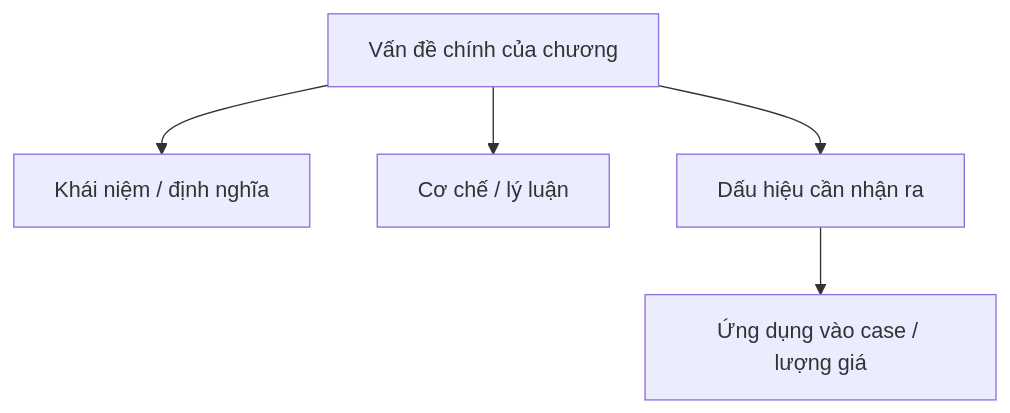
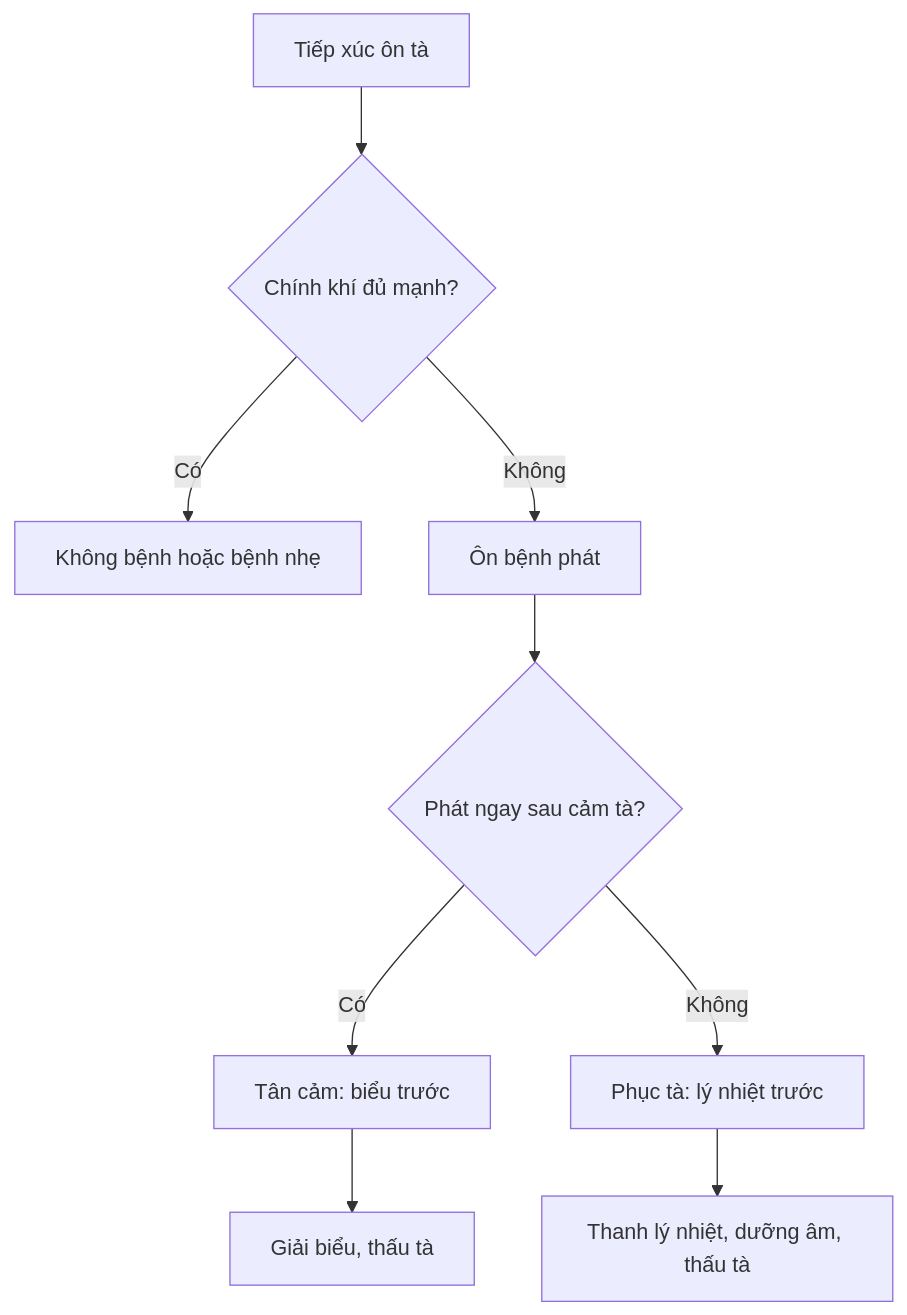
One commit to NobitaNguyenHung/medical-site changed the diagram in src/content/docs/books/on-benh-dai-cuong/tom-tat/03-bai-2-nguyen-nhan-benh-va-phat-benh.mdx. Above: the diagram before and after it, drawn with Mermaid. The commit also changed other lines of this file and 46 other files, not shown here.

````diff
--- a/src/content/docs/books/on-benh-dai-cuong/tom-tat/03-bai-2-nguyen-nhan-benh-va-phat-benh.mdx
+++ b/src/content/docs/books/on-benh-dai-cuong/tom-tat/03-bai-2-nguyen-nhan-benh-va-phat-benh.mdx
@@ -42,7 +46,11 @@
 ```mermaid
 flowchart TD
-  A["Vấn đề chính của chương"] --> B["Khái niệm / định nghĩa"]
-  A --> C["Cơ chế / lý luận"]
-  A --> D["Dấu hiệu cần nhận ra"]
-  D --> E["Ứng dụng vào case / lượng giá"]
+  A["Tiếp xúc ôn tà"] --> B{"Chính khí đủ mạnh?"}
+  B -->|Có| C["Không bệnh hoặc bệnh nhẹ"]
+  B -->|Không| D["Ôn bệnh phát"]
+  D --> E{"Phát ngay sau cảm tà?"}
+  E -->|Có| F["Tân cảm: biểu trước"]
+  E -->|Không| G["Phục tà: lý nhiệt trước"]
+  F --> H["Giải biểu, thấu tà"]
+  G --> I["Thanh lý nhiệt, dưỡng âm, thấu tà"]
 ```
````
